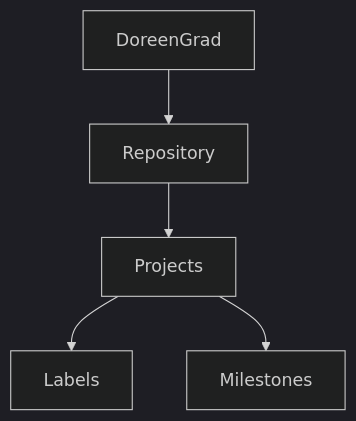
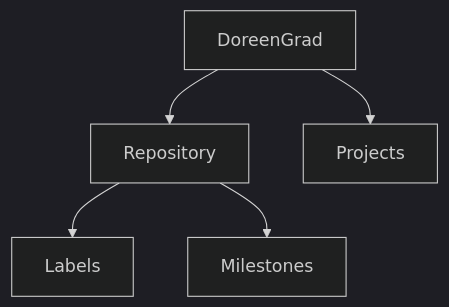
The diagram in README.md (DoreenGrad/CMPG-323-Overview---24361879), drawn with Mermaid (dark theme) before and after one commit.

````diff
--- a/README.md
+++ b/README.md
@@ -8,7 +8,7 @@
 ```mermaid
 graph TD;
     DoreenGrad-->Repository;
-    Repository-->Projects;
-    Projects-->Labels;
-    Projects-->Milestones;
+    DoreenGrad-->Projects;
+    Repository-->Labels;
+    Repository-->Milestones;
 ```
````
